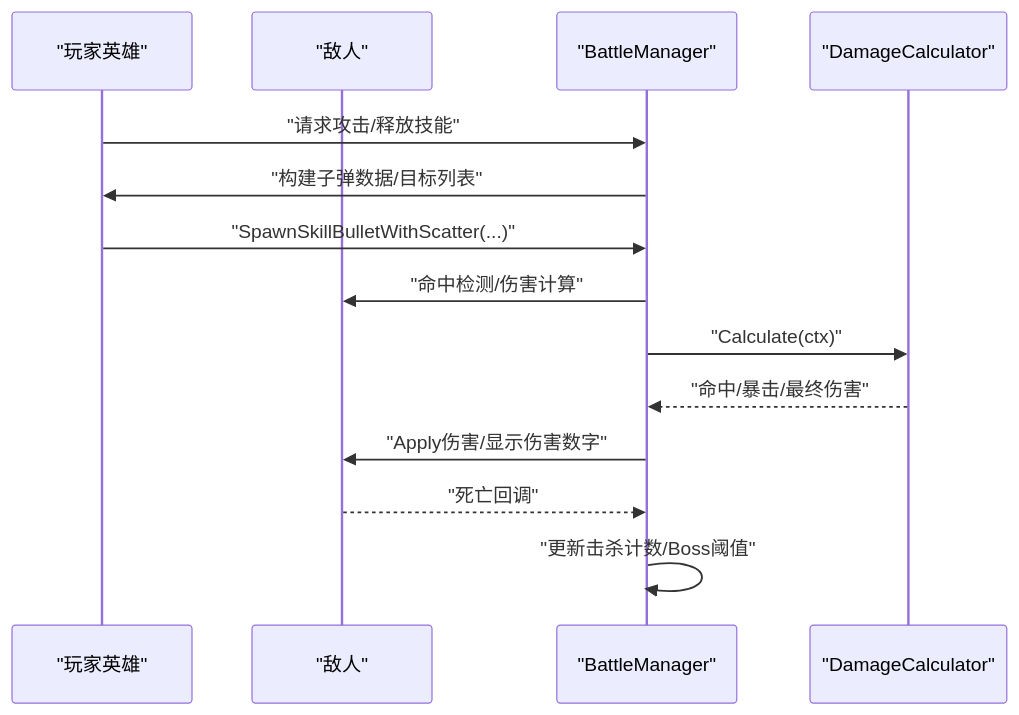
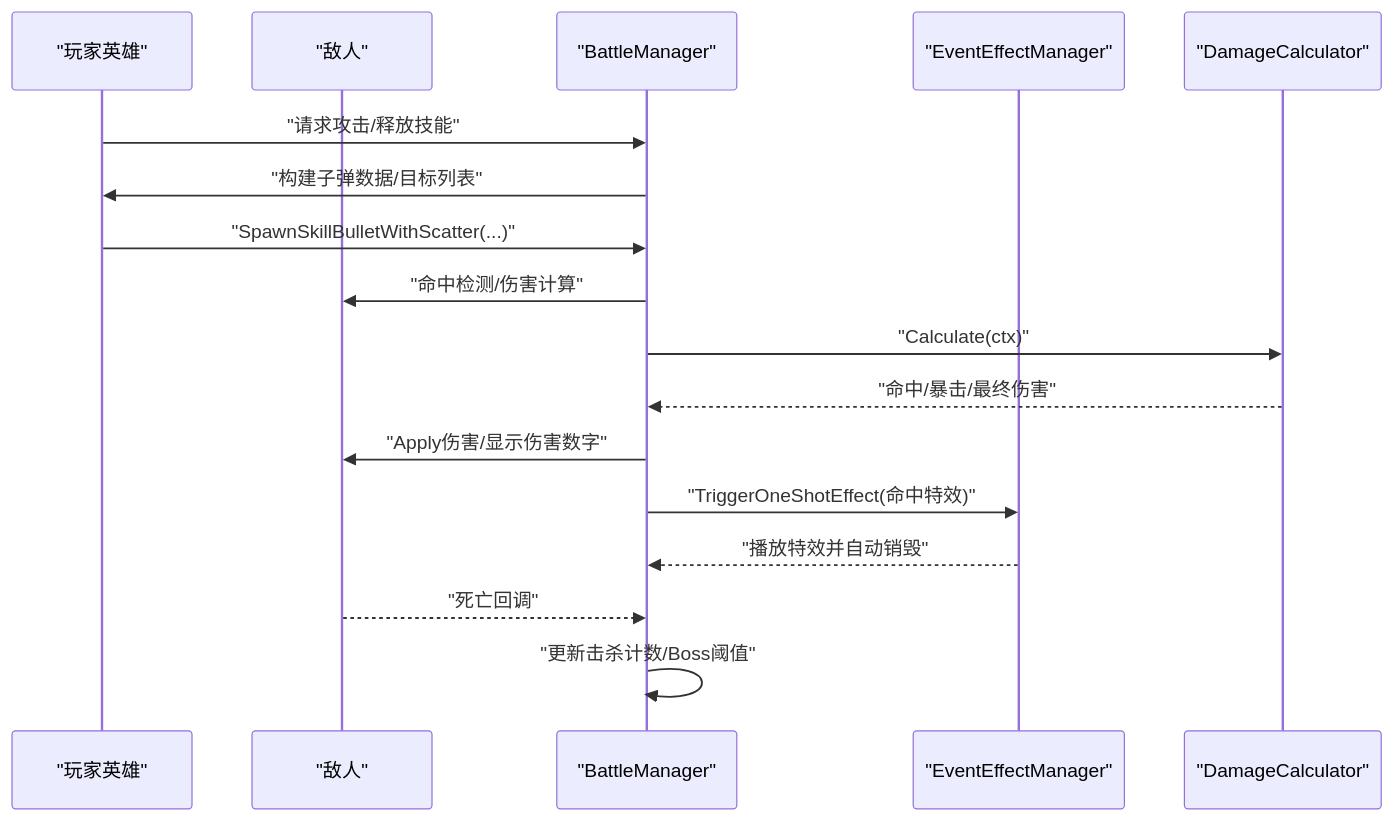
The second of 8 diagrams in .qoder/repowiki/zh/content/战斗系统/战斗系统.md (Tuusen/p1_client), drawn with Mermaid before and after one commit. The commit also changed other lines of this file and 14 other files, not shown here.

````diff
--- a/.qoder/repowiki/zh/content/战斗系统/战斗系统.md
+++ b/.qoder/repowiki/zh/content/战斗系统/战斗系统.md
@@ -104,16 +122,19 @@
 ```mermaid
 sequenceDiagram
 participant Player as "玩家英雄"
 participant Enemy as "敌人"
 participant BM as "BattleManager"
+participant EE as "EventEffectManager"
 participant DC as "DamageCalculator"
 Player->>BM : "请求攻击/释放技能"
 BM->>Player : "构建子弹数据/目标列表"
 Player->>BM : "SpawnSkillBulletWithScatter(...)"
 BM->>Enemy : "命中检测/伤害计算"
 BM->>DC : "Calculate(ctx)"
 DC-->>BM : "命中/暴击/最终伤害"
 BM->>Enemy : "Apply伤害/显示伤害数字"
+BM->>EE : "TriggerOneShotEffect(命中特效)"
+EE-->>BM : "播放特效并自动销毁"
 Enemy-->>BM : "死亡回调"
 BM->>BM : "更新击杀计数/Boss阈值"
 ```
````
